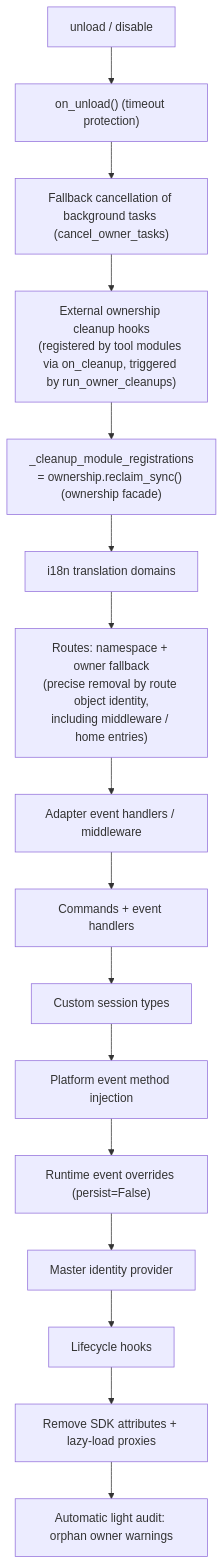
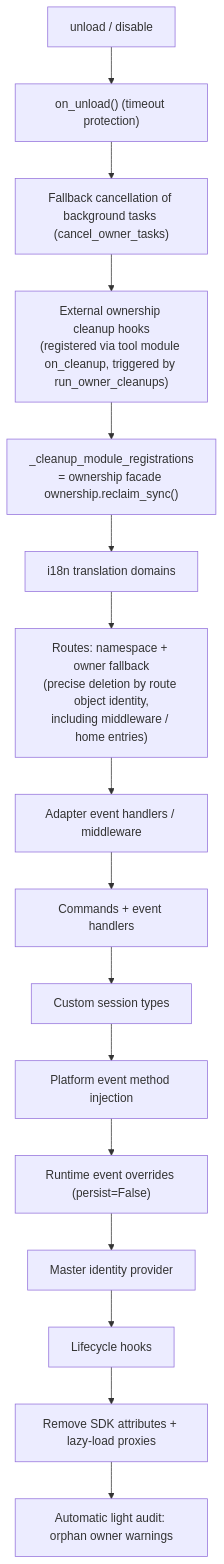
Before and after one commit to ErisPulse/ErisPulse: the diagram in docs/en/advanced/ownership.md, drawn with Mermaid. The commit also changed other lines of this file and 105 other files, not shown here.

````diff
--- a/docs/en/advanced/ownership.md
+++ b/docs/en/advanced/ownership.md
@@ -95,18 +87,18 @@
 ```mermaid
 flowchart TD
     A["unload / disable"] --> B["on_unload() (timeout protection)"]
     B --> C["Fallback cancellation of background tasks (cancel_owner_tasks)"]
-    C --> C1["External ownership cleanup hooks<br/>(registered by tool modules via on_cleanup, triggered by run_owner_cleanups)"]
-    C1 --> D["_cleanup_module_registrations<br/>= ownership.reclaim_sync() (ownership facade)"]
+    C --> C1["External ownership cleanup hooks<br/>(registered via tool module on_cleanup, triggered by run_owner_cleanups)"]
+    C1 --> D["_cleanup_module_registrations<br/>= ownership facade ownership.reclaim_sync()"]
     D --> D1["i18n translation domains"]
-    D1 --> D2["Routes: namespace + owner fallback<br/>(precise removal by route object identity,<br/>including middleware / home entries)"]
+    D1 --> D2["Routes: namespace + owner fallback<br/>(precise deletion by route object identity,<br/>including middleware / home entries)"]
     D2 --> D3["Adapter event handlers / middleware"]
     D3 --> D4["Commands + event handlers"]
     D4 --> D5["Custom session types"]
     D5 --> D5b["Platform event method injection"]
     D5b --> D6["Runtime event overrides (persist=False)"]
     D6 --> D7["Master identity provider"]
     D7 --> D8["Lifecycle hooks"]
     D8 --> E["Remove SDK attributes + lazy-load proxies"]
     E --> F["Automatic light audit: orphan owner warnings"]
 ```
````
